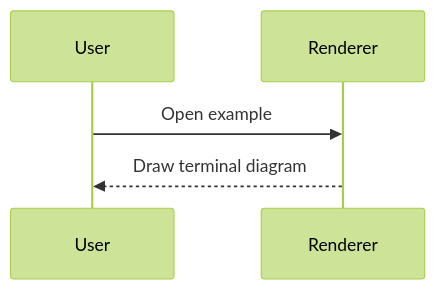
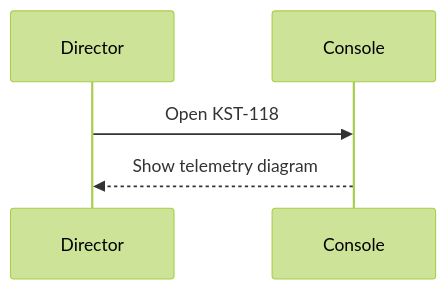
The sixth of 35 diagrams in examples/mermaid.md (Desiment/opentui-markdown-render), drawn with Mermaid (forest theme) before and after one commit. The commit also changed other lines of this file and 36 other files, not shown here.

````diff
--- a/examples/mermaid.md
+++ b/examples/mermaid.md
@@ -69,7 +73,7 @@
 ```mermaid
 sequenceDiagram
-  participant User
-  participant Renderer
-  User->>Renderer: Open example
-  Renderer-->>User: Draw terminal diagram
+  participant Director
+  participant Console
+  Director->>Console: Open KST-118
+  Console-->>Director: Show telemetry diagram
 ```
````
